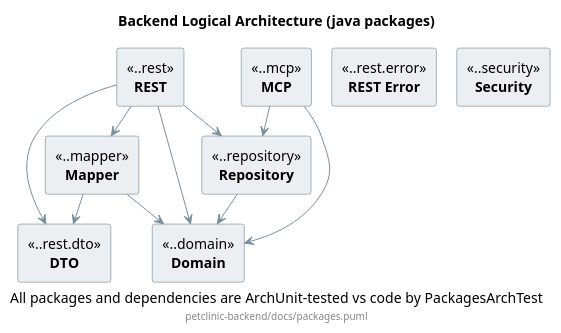
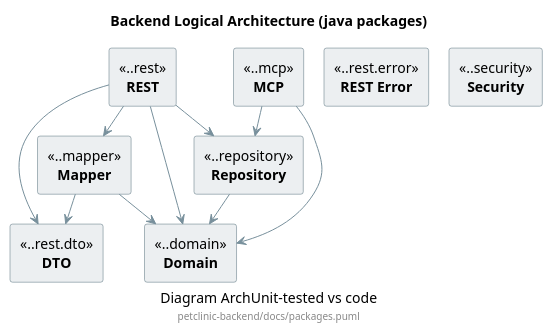
Before and after one commit to victorrentea/petclinic: the diagram in petclinic-backend/docs/packages.puml, drawn with PlantUML.

Commit message:
docs(packages): shorten the caption to the claim itself
The test's name and the exhaustive wording were noise under the picture — what
a reader needs is that the diagram is verified against the code, not who does it.

```diff
--- a/petclinic-backend/docs/packages.puml
+++ b/petclinic-backend/docs/packages.puml
@@ -1,46 +1,46 @@
 @startuml
 
 title Backend Logical Architecture (java packages)
-caption All packages and dependencies are ArchUnit-tested vs code by PackagesArchTest
+caption Diagram ArchUnit-tested vs code
 footer petclinic-backend/docs/packages.puml
 
 skinparam shadowing false
 skinparam componentStyle rectangle
 skinparam nodesep 20
 skinparam ranksep 30
 <style>
 component {
   BackGroundColor #ECEFF1
   LineColor #546E7A
   FontStyle bold
   ' only the component name is bold; the package pattern above it stays plain
   ' (never write a stereotype in a comment — PackagesArchTest greps the raw file)
   stereotype {
     FontStyle plain
   }
 }
 arrow {
   LineColor #78909C
 }
 </style>
 
 [REST] <<..rest>>
 [MCP] <<..mcp>>
 [REST Error] <<..rest.error>>
 [Security] <<..security>>
 [Mapper] <<..mapper>>
 [Repository] <<..repository>>
 [DTO] <<..rest.dto>>
 [Domain] <<..domain>>
 
 [Repository] --> [Domain]
 [Mapper] --> [Domain]
 [Mapper] --> [DTO]
 [REST] --> [Domain]
 [REST] --> [Repository]
 [REST] --> [Mapper]
 [REST] --> [DTO]
 [MCP] --> [Domain]
 [MCP] --> [Repository]
 
 @enduml
```
